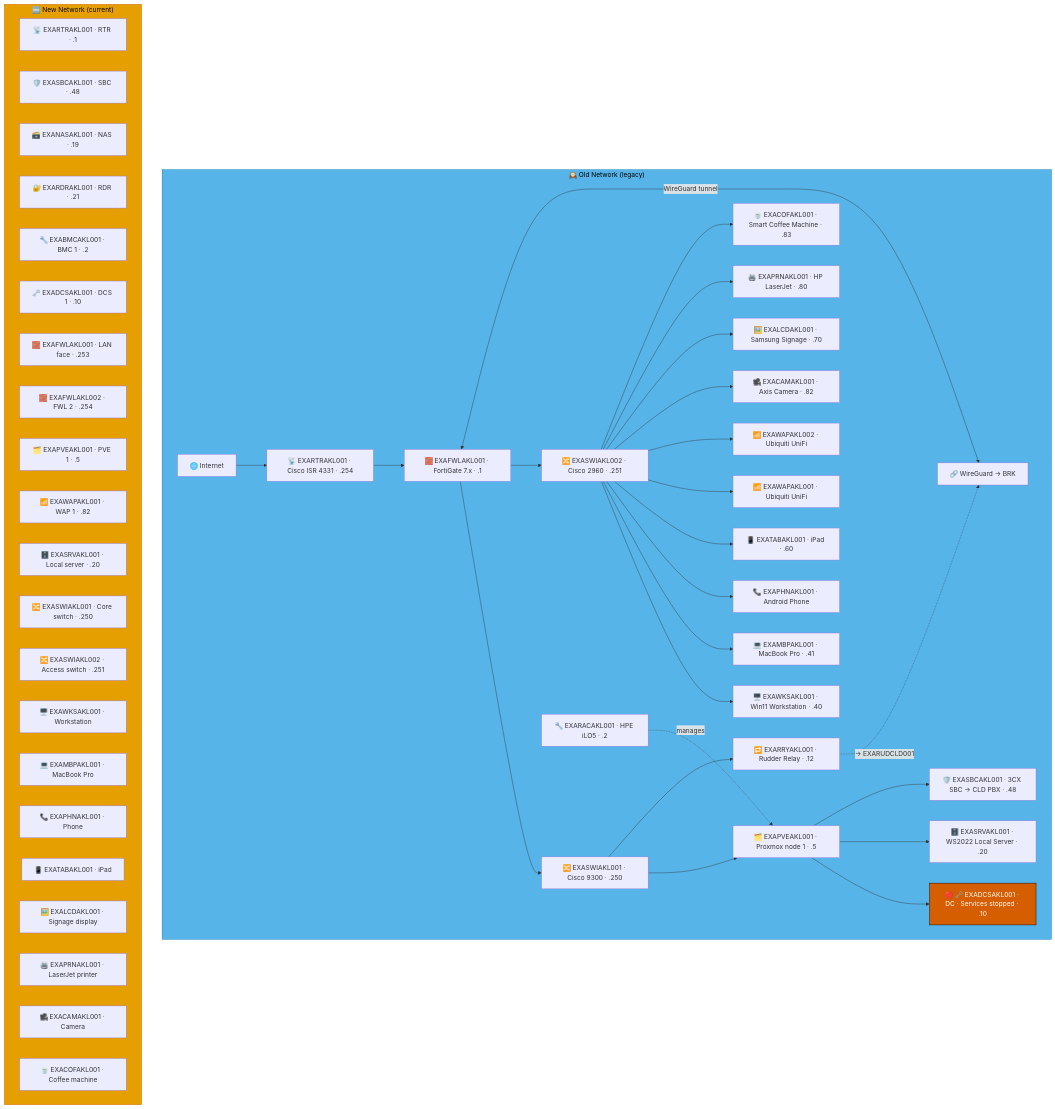
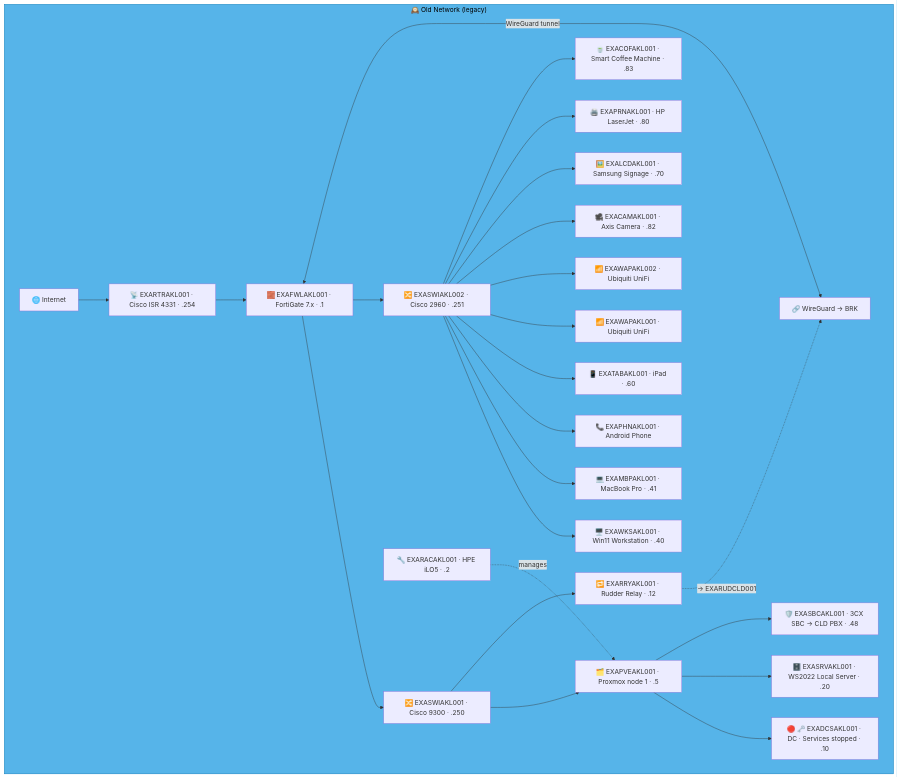
One commit to knightmare2600/example_music_infra changed the first of 2 diagrams in docs/network-diagram/new-zealand.md. Above: the diagram before and after it, drawn with Mermaid. The commit also changed other lines of this file and 35 other files, not shown here.

````diff
--- a/docs/network-diagram/new-zealand.md
+++ b/docs/network-diagram/new-zealand.md
@@ -17,66 +17,38 @@
 ```mermaid
 graph TD
     subgraph OLD_AKL ["🕰️ Old Network (legacy)"]
       INET["🌐 Internet"]
       FWL["🧱 EXAFWLAKL001 · FortiGate 7.x · .1"]
       SW1["🔀 EXASWIAKL001 · Cisco 9300 · .250"]
       SW2["🔀 EXASWIAKL002 · Cisco 2960 · .251"]
       RTR["📡 EXARTRAKL001 · Cisco ISR 4331 · .254"]
       RAC["🔧 EXARACAKL001 · HPE iLO5 · .2"]
       PVE["🗂️ EXAPVEAKL001 · Proxmox node 1 · .5"]
       DC["🔴 🗝️ EXADCSAKL001 · DC · Services stopped · .10"]
       SRV["🗄️ EXASRVAKL001 · WS2022 Local Server · .20"]
       SBC["🛡️ EXASBCAKL001 · 3CX SBC → CLD PBX · .48"]
       RRY["🔁 EXARRYAKL001 · Rudder Relay · .12"]
       WKS["🖥️ EXAWKSAKL001 · Win11 Workstation · .40"]
       MBP["💻 EXAMBPAKL001 · MacBook Pro · .41"]
       PHN["📞 EXAPHNAKL001 · Android Phone"]
       TAB["📱 EXATABAKL001 · iPad · .60"]
       WAP1["📶 EXAWAPAKL001 · Ubiquiti UniFi"]
       WAP2["📶 EXAWAPAKL002 · Ubiquiti UniFi"]
       CAM["🎥 EXACAMAKL001 · Axis Camera · .82"]
       LCD["🖼️ EXALCDAKL001 · Samsung Signage · .70"]
       PRN["🖨️ EXAPRNAKL001 · HP LaserJet · .80"]
       COF["🍵 EXACOFAKL001 · Smart Coffee Machine · .83"]
       VPN["🔗 WireGuard → BRK"]
 
       INET --> RTR --> FWL --> SW1 & SW2
       SW1 --> PVE --> DC & SRV & SBC
       RAC -.->|"manages"| PVE
       SW2 --> WKS & MBP & PHN & TAB & WAP1 & WAP2
       SW2 --> CAM & LCD & PRN & COF
       FWL <-->|"WireGuard tunnel"| VPN
 
       SW1 --> RRY
       RRY -. "→ EXARUDCLD001" .-> VPN
     end
     style OLD_AKL fill:#56B4E9,stroke:#0072B2,color:#000000
-    %% GENERATED:NEW-NETWORK:AKL:START
-    subgraph NEW_AKL ["🆕 New Network (current)"]
-      N_RTR["📡 EXARTRAKL001 · RTR · .1"]
-      N_SBC["🛡️ EXASBCAKL001 · SBC · .48"]
-      N_NAS["🗃️ EXANASAKL001 · NAS · .19"]
-      N_RDR["🔐 EXARDRAKL001 · RDR · .21"]
-      N_BMC["🔧 EXABMCAKL001 · BMC 1 · .2"]
-      N_DCS["🗝️ EXADCSAKL001 · DCS 1 · .10"]
-      N_FWL["🧱 EXAFWLAKL001 · LAN face · .253"]
-      N_FWL2["🧱 EXAFWLAKL002 · FWL 2 · .254"]
-      N_PVE["🗂️ EXAPVEAKL001 · PVE 1 · .5"]
-      N_WAP["📶 EXAWAPAKL001 · WAP 1 · .82"]
-      N_SRV["🗄️ EXASRVAKL001 · Local server · .20"]
-      N_SWI["🔀 EXASWIAKL001 · Core switch · .250"]
-      N_SWI2["🔀 EXASWIAKL002 · Access switch · .251"]
-      N_WKS["🖥️ EXAWKSAKL001 · Workstation"]
-      N_MBP["💻 EXAMBPAKL001 · MacBook Pro"]
-      N_PHN["📞 EXAPHNAKL001 · Phone"]
-      N_TAB["📱 EXATABAKL001 · iPad"]
-      N_LCD["🖼️ EXALCDAKL001 · Signage display"]
-      N_PRN["🖨️ EXAPRNAKL001 · LaserJet printer"]
-      N_CAM["🎥 EXACAMAKL001 · Camera"]
-      N_COF["🍵 EXACOFAKL001 · Coffee machine"]
-    end
-    style NEW_AKL fill:#E69F00,stroke:#D55E00,color:#000000
-    %% GENERATED:NEW-NETWORK:AKL:END
-    classDef warn fill:#D55E00,stroke:#000000,color:#ffffff
-    class DC warn
 ```
````
